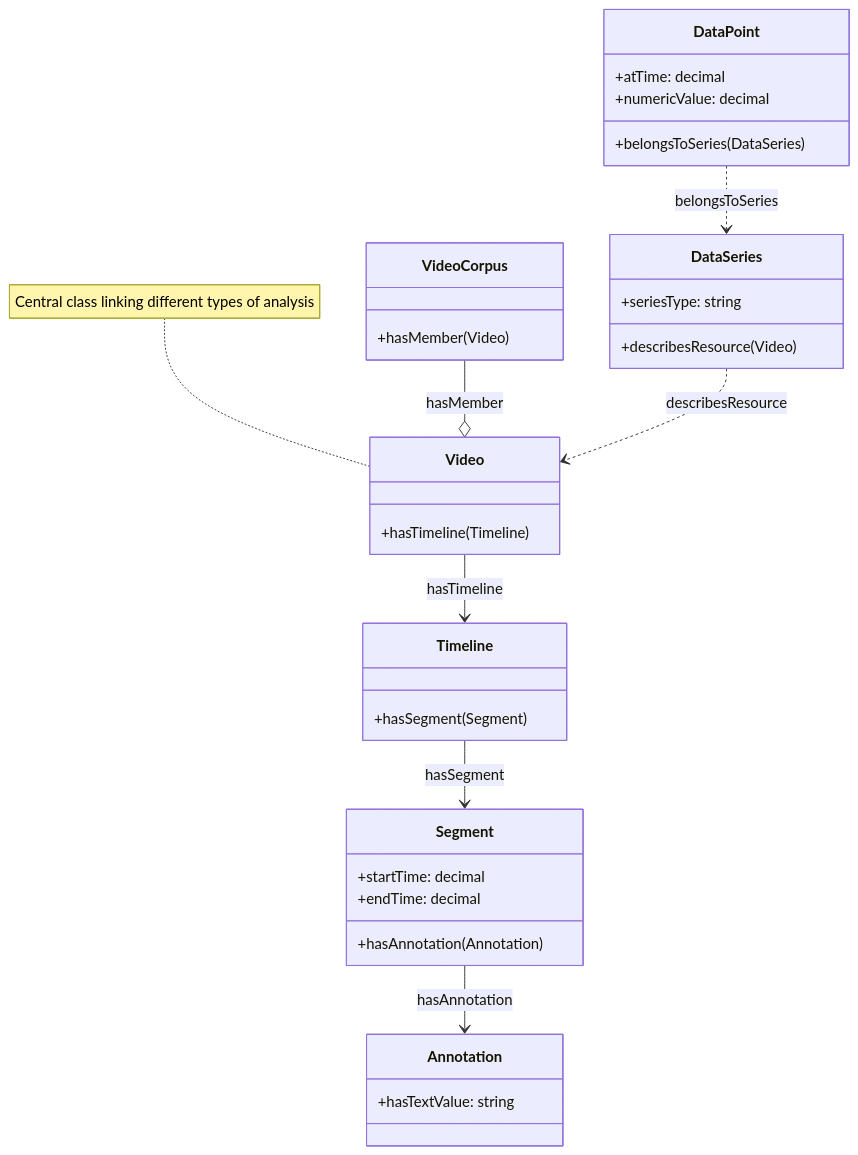
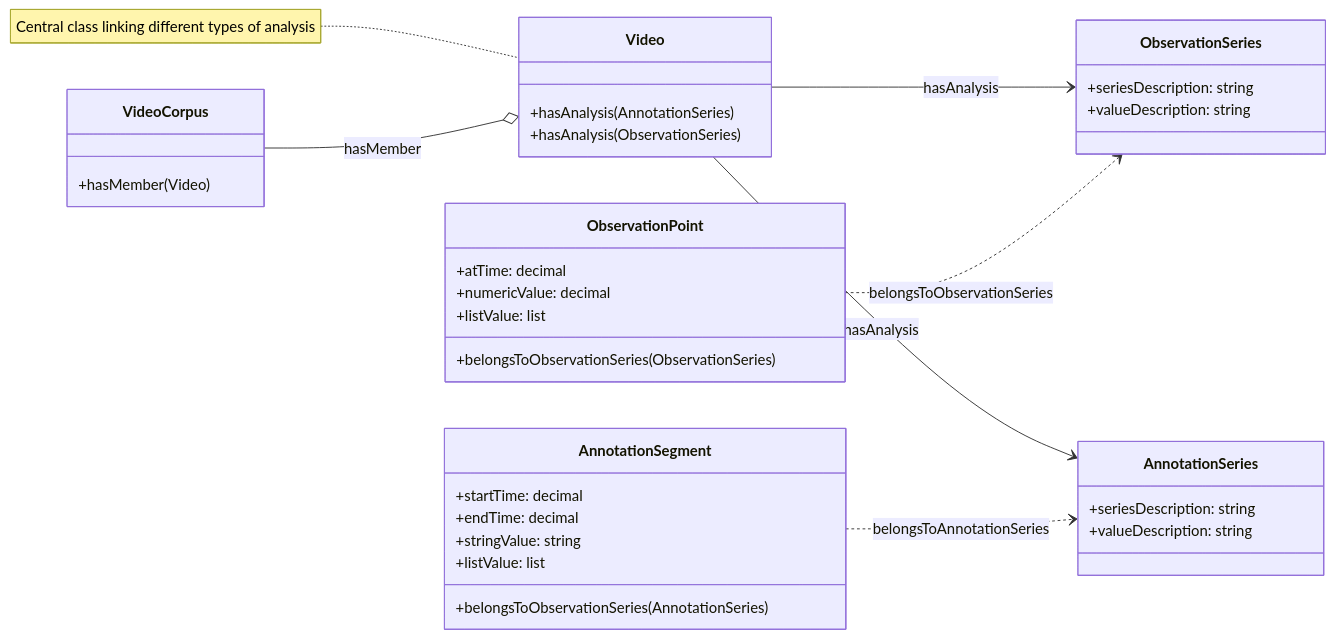
One commit to sdsc-ordes/mava-api changed the first of 3 diagrams in docs/mkdocs/ontology.md. Above: the diagram before and after it, drawn with Mermaid. The commit also changed other lines of this file and 27 other files, not shown here.

````diff
--- a/docs/mkdocs/ontology.md
+++ b/docs/mkdocs/ontology.md
@@ -25,47 +25,47 @@
 ```mermaid
 classDiagram
-    direction TB
+    direction LR
 
     class VideoCorpus {
         +hasMember(Video)
     }
 
     class Video {
-        +hasTimeline(Timeline)
+        +hasAnalysis(AnnotationSeries)
+        +hasAnalysis(ObservationSeries)
     }
 
-    class Timeline {
-        +hasSegment(Segment)
+    class AnnotationSegment {
+        +startTime: decimal
+        +endTime: decimal
+        +stringValue: string
+        +listValue: list
+        +belongsToObservationSeries(AnnotationSeries)
     }
 
-    class Segment {
-        +startTime: decimal
-        +endTime: decimal
-        +hasAnnotation(Annotation)
+    class ObservationSeries {
+        +seriesDescription: string
+        +valueDescription: string
     }
 
-    class Annotation {
-        +hasTextValue: string
+    class AnnotationSeries {
+        +seriesDescription: string
+        +valueDescription: string
     }
 
-    class DataSeries {
-        +seriesType: string
-        +describesResource(Video)
-    }
-
-    class DataPoint {
+    class ObservationPoint {
         +atTime: decimal
         +numericValue: decimal
-        +belongsToSeries(DataSeries)
+        +listValue: list
+        +belongsToObservationSeries(ObservationSeries)
     }
 
     note for Video "Central class linking different types of analysis"
 
     VideoCorpus --o Video : hasMember
-    Video --> Timeline : hasTimeline
-    Timeline --> Segment : hasSegment
-    Segment --> Annotation : hasAnnotation
+    Video --> ObservationSeries : hasAnalysis
+    Video --> AnnotationSeries : hasAnalysis
 
-    DataSeries ..> Video : describesResource
-    DataPoint ..> DataSeries : belongsToSeries
+    AnnotationSegment ..> AnnotationSeries : belongsToAnnotationSeries
+    ObservationPoint ..> ObservationSeries : belongsToObservationSeries
 ```
````
